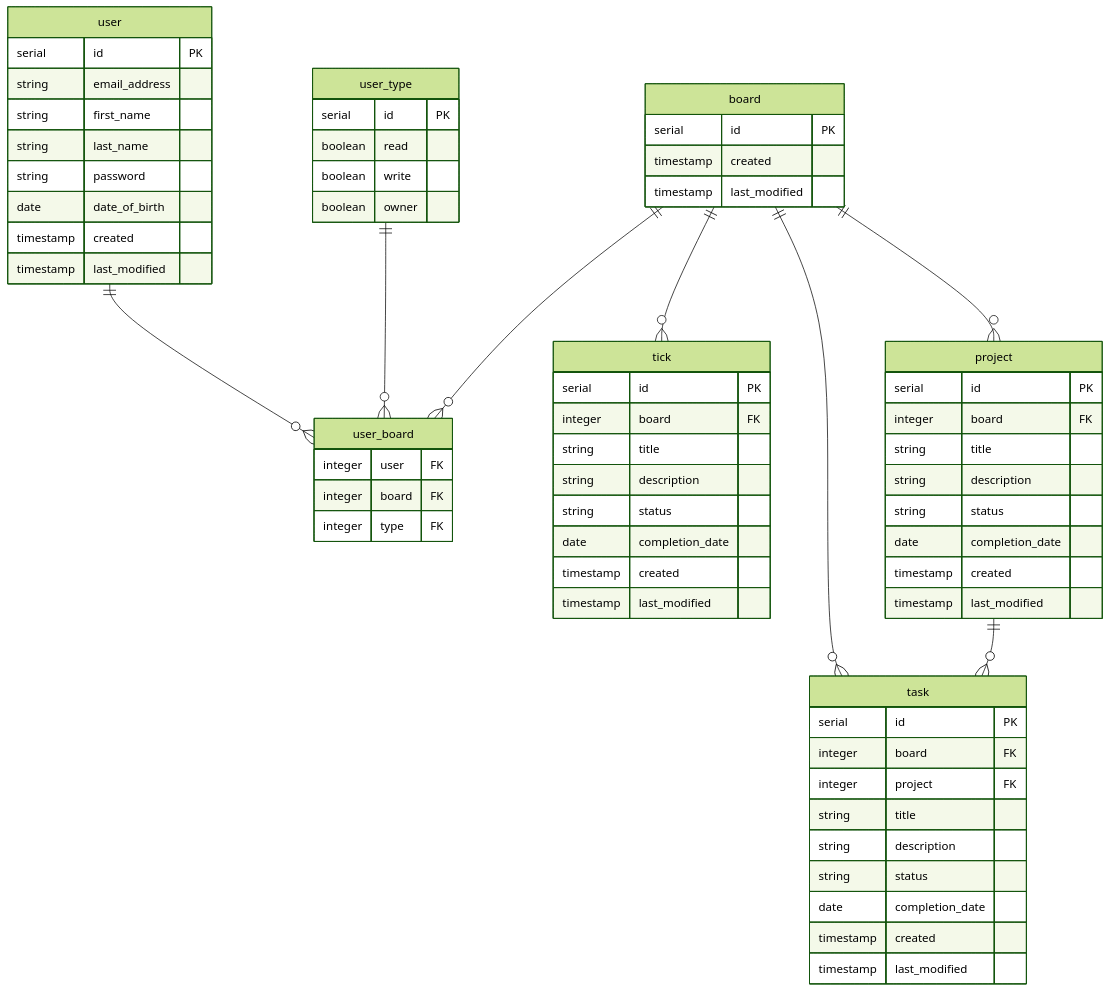
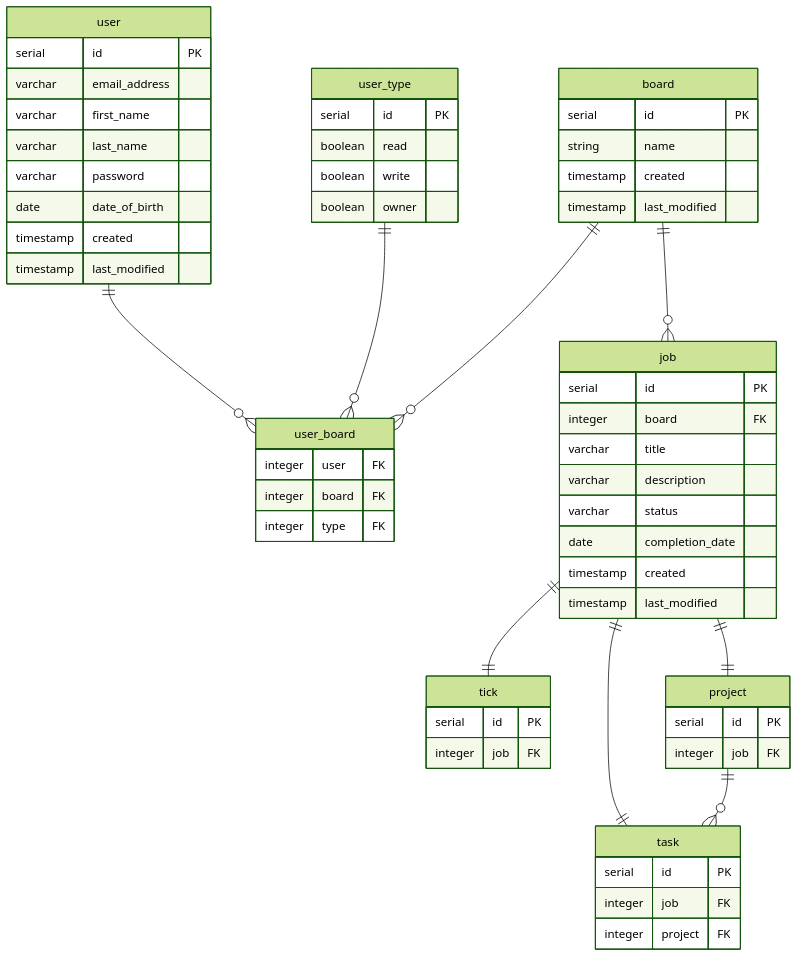
The second of 2 diagrams in README.md (lmckinley09/CoE-Todo), drawn with Mermaid (forest theme) before and after one commit.

````diff
--- a/README.md
+++ b/README.md
@@ -45,75 +45,70 @@
 ```mermaid
 erDiagram
  user ||--o{ user_board : ""
  user_type ||--o{ user_board : ""
  board ||--o{ user_board : ""
- board ||--o{ tick : ""
- board ||--o{ task : ""
- board ||--o{ project : ""
+ board ||--o{ job : ""
+ job ||--|| tick : ""
+ job ||--|| task : ""
+ job ||--|| project : ""
  project ||--o{ task : ""
 
     user {
         serial id PK
-        string email_address
-        string first_name
-        string last_name
-        string password
+        varchar email_address
+        varchar first_name
+        varchar last_name
+        varchar password
         date date_of_birth
         timestamp created
         timestamp last_modified
     }
     
     user_board {
         integer user FK
         integer board FK
         integer type FK
     }
     
     user_type {
         serial id PK
         boolean read
         boolean write
         boolean owner
     }
     
     board {
         serial id PK
+        string name
+        timestamp created
+        timestamp last_modified
+    }
+    
+    job {
+        serial id PK
+        integer board FK
+        varchar title
+        varchar description
+        varchar status
+        date completion_date
         timestamp created
         timestamp last_modified
     }
     
     tick {
         serial id PK
-        integer board FK
-        string title
-        string description
-        string status
-        date completion_date
-        timestamp created
-        timestamp last_modified
+        integer job FK
     }
     
      task {
         serial id PK
-        integer board FK
+        integer job FK
         integer project FK
-        string title
-        string description
-        string status
-        date completion_date
-        timestamp created
-        timestamp last_modified
     }
     
-      project {
+     project {
         serial id PK
-        integer  board FK
-        string title
-        string description
-        string status
-        date completion_date
-        timestamp created
-        timestamp last_modified
+        integer job FK
     }
 
 ```
````
